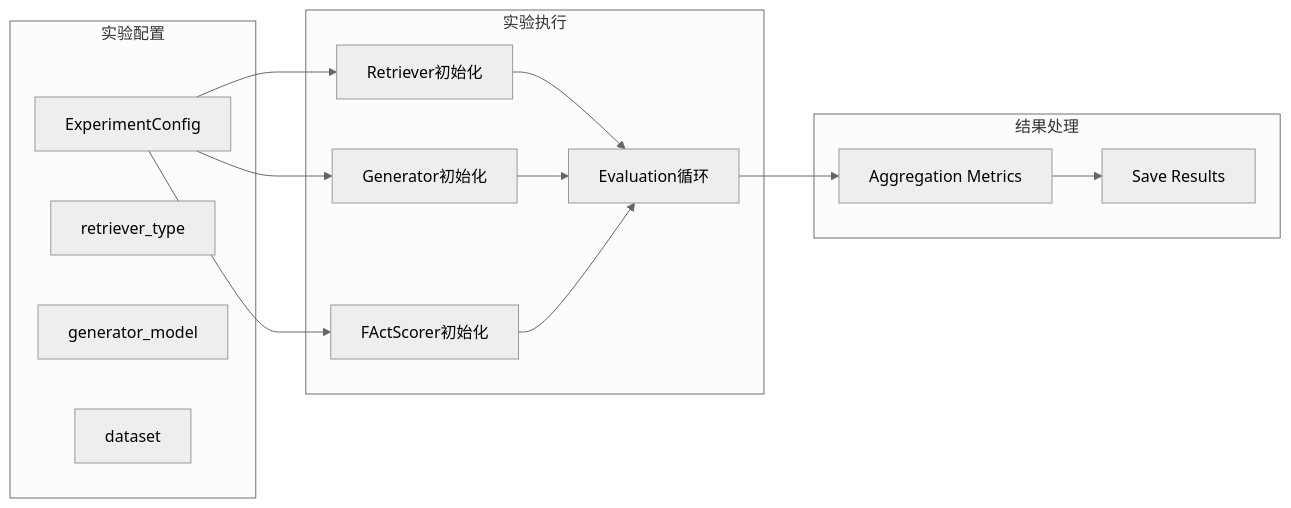
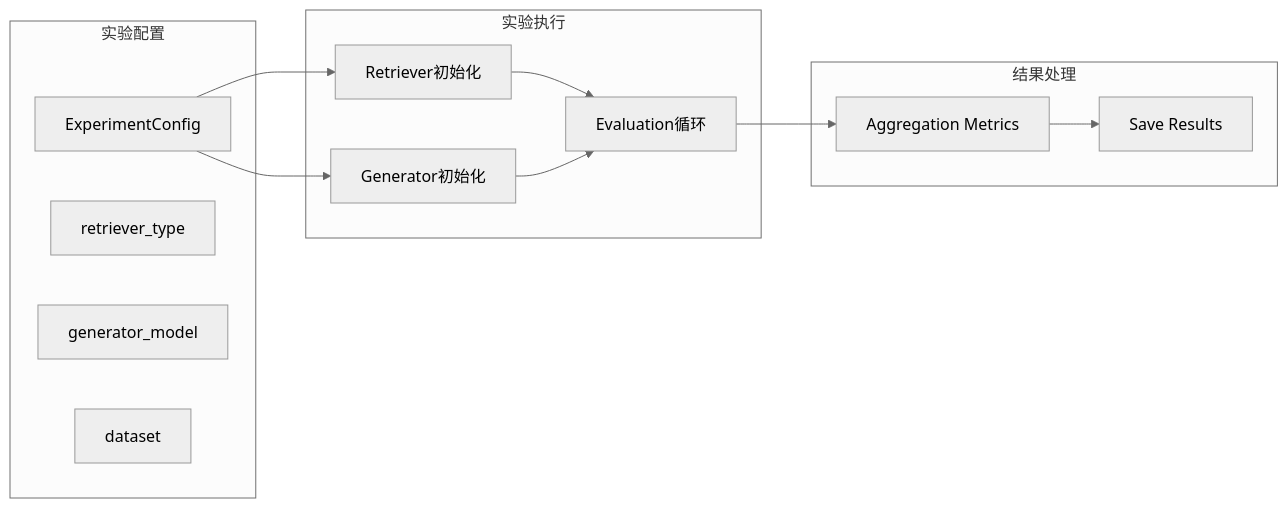
Before and after one commit to kitee0918/-nlp-rag-project: the fifth of 6 diagrams in .qoder/repowiki/zh/content/技术实现指南/评估指标实现.md, drawn with Mermaid (neutral theme). The commit also changed other lines of this file and 9 other files, not shown here.

````diff
--- a/.qoder/repowiki/zh/content/技术实现指南/评估指标实现.md
+++ b/.qoder/repowiki/zh/content/技术实现指南/评估指标实现.md
@@ -271,27 +218,24 @@
 ```mermaid
 graph LR
 subgraph "实验配置"
 RC[ExperimentConfig]
 RT[retriever_type]
 GM[generator_model]
 DS[dataset]
 end
 subgraph "实验执行"
 RR[Retriever初始化]
 GG[Generator初始化]
-FF[FActScorer初始化]
 EE[Evaluation循环]
 end
 subgraph "结果处理"
 AM[Aggregation Metrics]
 SP[Save Results]
 end
 RC --> RR
 RC --> GG
-RC --> FF
 RR --> EE
 GG --> EE
-FF --> EE
 EE --> AM
 AM --> SP
 ```
````
